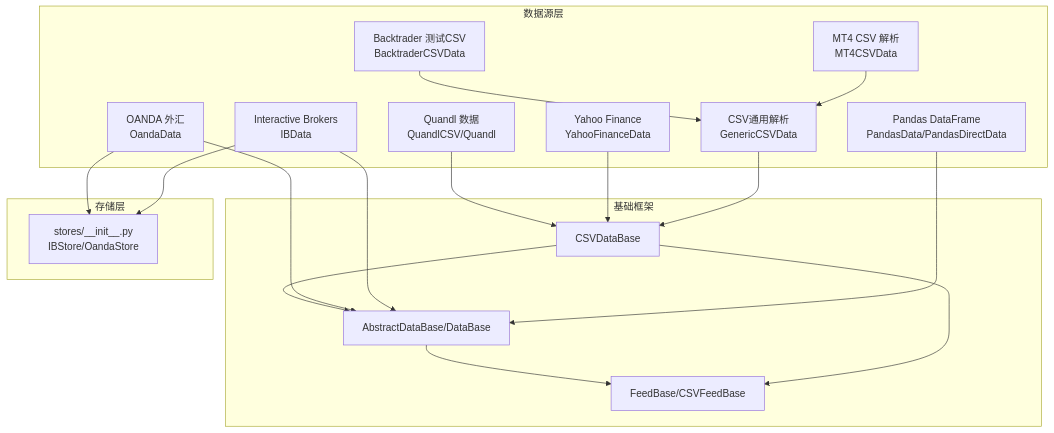
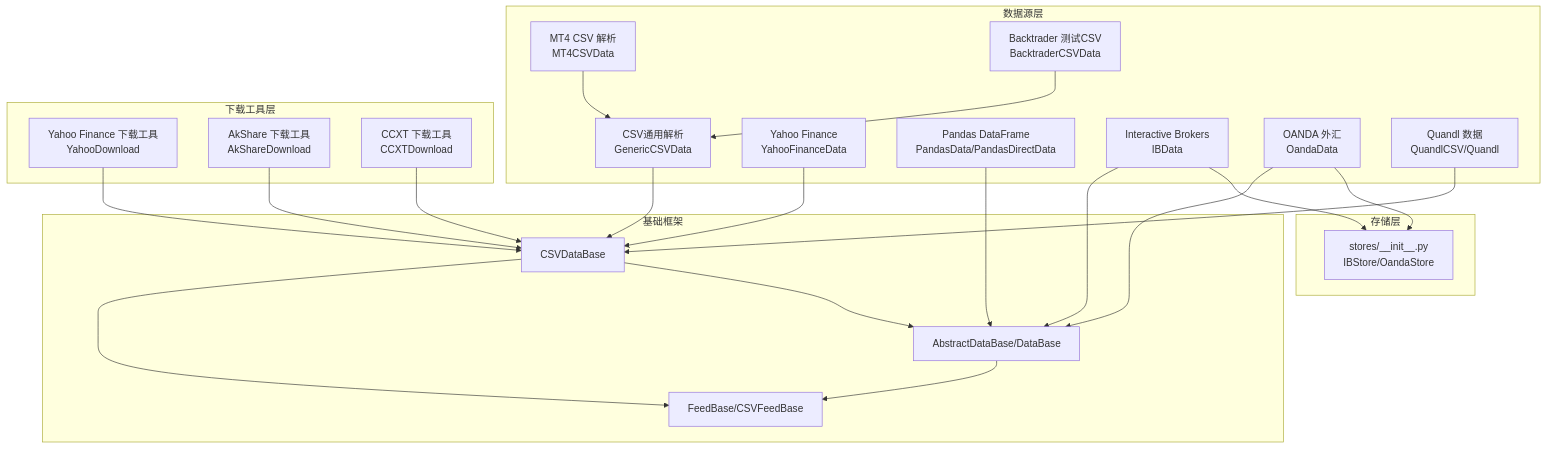
The first of 5 diagrams in .qoder/repowiki/zh/content/数据集成/内置数据源详解/内置数据源详解.md (bench-prog/backtrader), drawn with Mermaid before and after one commit. The commit also changed other lines of this file and 40 other files, not shown here.

````diff
--- a/.qoder/repowiki/zh/content/数据集成/内置数据源详解/内置数据源详解.md
+++ b/.qoder/repowiki/zh/content/数据集成/内置数据源详解/内置数据源详解.md
@@ -40,34 +58,42 @@
 ```mermaid
 graph TB
 subgraph "数据源层"
 CSV["CSV通用解析<br/>GenericCSVData"]
 YF["Yahoo Finance<br/>YahooFinanceData"]
 PANDAS["Pandas DataFrame<br/>PandasData/PandasDirectData"]
 IB["Interactive Brokers<br/>IBData"]
 OANDA["OANDA 外汇<br/>OandaData"]
 MT4["MT4 CSV 解析<br/>MT4CSVData"]
 QDL["Quandl 数据<br/>QuandlCSV/Quandl"]
 BTC["Backtrader 测试CSV<br/>BacktraderCSVData"]
+end
+subgraph "下载工具层"
+YAHOO_DL["Yahoo Finance 下载工具<br/>YahooDownload"]
+AKSHARE_DL["AkShare 下载工具<br/>AkShareDownload"]
+CCXT_DL["CCXT 下载工具<br/>CCXTDownload"]
 end
 subgraph "基础框架"
 FEEDBASE["FeedBase/CSVFeedBase"]
 DATABASE["AbstractDataBase/DataBase"]
 CSVBASE["CSVDataBase"]
 end
 subgraph "存储层"
 STORES["stores/__init__.py<br/>IBStore/OandaStore"]
 end
 CSV --> CSVBASE
 YF --> CSVBASE
 PANDAS --> DATABASE
 IB --> DATABASE
 OANDA --> DATABASE
 MT4 --> CSV
 QDL --> CSVBASE
 BTC --> CSV
 CSVBASE --> FEEDBASE
 CSVBASE --> DATABASE
 DATABASE --> FEEDBASE
 IB --> STORES
 OANDA --> STORES
+YAHOO_DL --> CSVBASE
+AKSHARE_DL --> CSVBASE
+CCXT_DL --> CSVBASE
 ```
````
